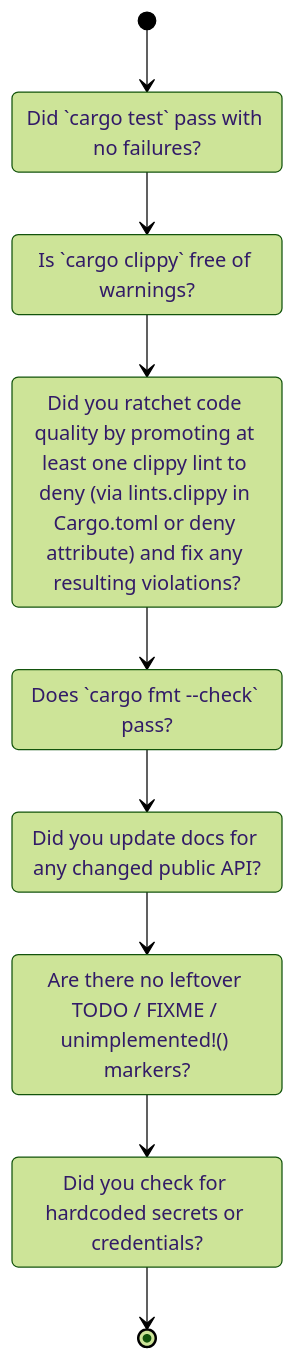
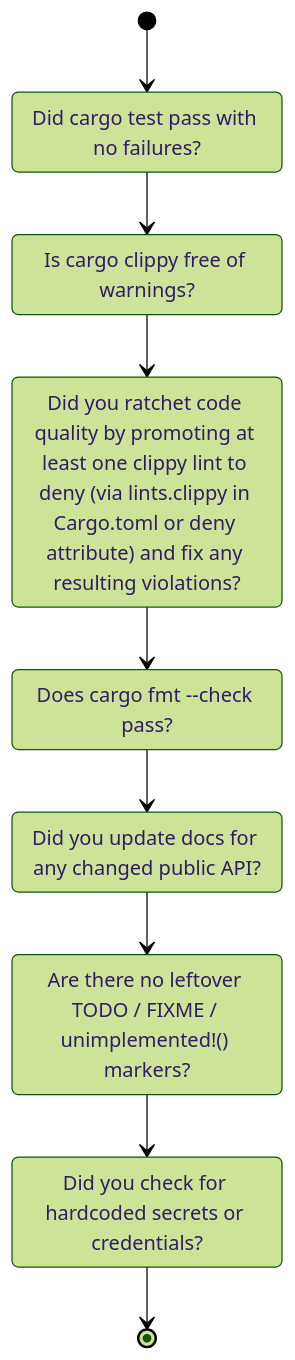
One commit to polyhook/steplock changed the diagram in .steplock/checklists/pre-push/flow.mmd. Above: the diagram before and after it, drawn with Mermaid (forest theme).

Commit message:
fix: remove remaining backticks from pre-push flow.mmd labels
The initial fix only caught the clippy_deny label; tests_pass,
clippy_clean, and fmt_clean also had backticks which broke the
Mermaid renderer and the steplock state machine transitions.

```diff
--- a/.steplock/checklists/pre-push/flow.mmd
+++ b/.steplock/checklists/pre-push/flow.mmd
@@ -1,17 +1,17 @@
 stateDiagram-v2
     [*] --> tests_pass
     tests_pass --> clippy_clean
     clippy_clean --> clippy_deny
     clippy_deny --> fmt_clean
     fmt_clean --> docs_updated
     docs_updated --> no_todos
     no_todos --> no_secrets
     no_secrets --> [*]
 
-    tests_pass   : Did `cargo test` pass with no failures?
-    clippy_clean : Is `cargo clippy` free of warnings?
+    tests_pass   : Did cargo test pass with no failures?
+    clippy_clean : Is cargo clippy free of warnings?
     clippy_deny  : Did you ratchet code quality by promoting at least one clippy lint to deny (via lints.clippy in Cargo.toml or deny attribute) and fix any resulting violations?
-    fmt_clean    : Does `cargo fmt --check` pass?
+    fmt_clean    : Does cargo fmt --check pass?
     docs_updated : Did you update docs for any changed public API?
     no_todos     : Are there no leftover TODO / FIXME / unimplemented!() markers?
     no_secrets   : Did you check for hardcoded secrets or credentials?
```
